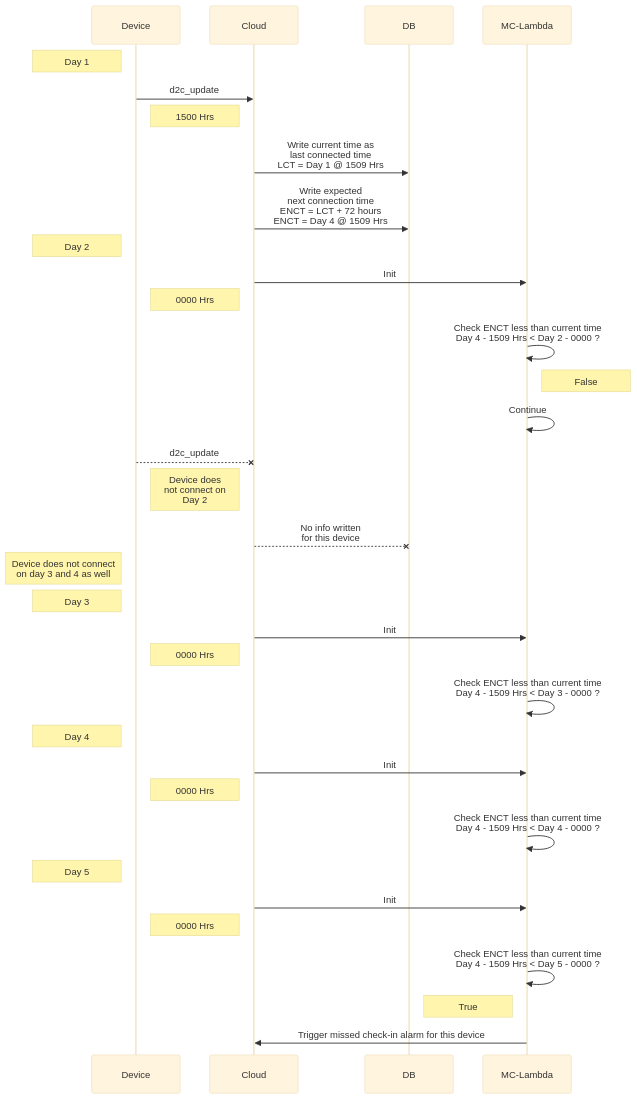
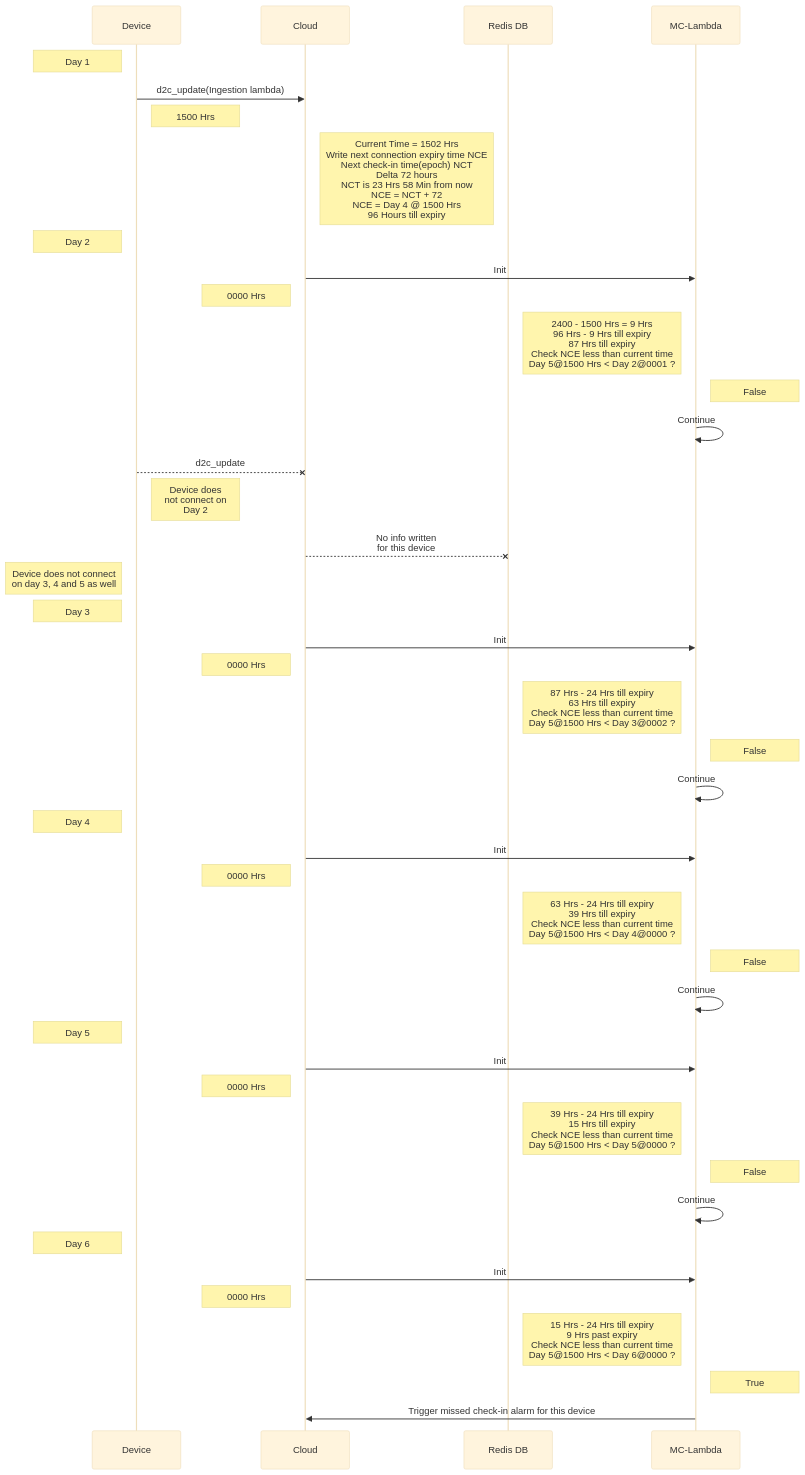
One commit to Mooney23/slc_diagrams changed the diagram in sequence_everyday.md. Above: the diagram before and after it, drawn with Mermaid (base theme).

Commit message:
Fix errors and update flow in new diagram

````diff
--- a/sequence_everyday.md
+++ b/sequence_everyday.md
@@ -9,40 +9,51 @@
 ```mermaid
 sequenceDiagram
     Note left of Device: Day 1
-    Device ->> Cloud: d2c_update
+    Device ->> Cloud: d2c_update(Ingestion lambda)
     Note right of Device: 1500 Hrs
-    Cloud->>DB: Write current time as<br/> last connected time<br/>LCT = Day 1 @ 1509 Hrs
-    Cloud->>DB: Write expected<br/> next connection time<br/>ENCT = LCT + 72 hours<br/>ENCT = Day 4 @ 1509 Hrs
+    Note left of Redis DB: Current Time = 1502 Hrs<br/>Write next connection expiry time NCE<br/>Next check-in time(epoch) NCT<br/>Delta 72 hours<br/>NCT is 23 Hrs 58 Min from now<br/>NCE = NCT + 72<br/>NCE = Day 4 @ 1500 Hrs<br/>96 Hours till expiry
 
 
     Note left of Device: Day 2
     Cloud ->> MC-Lambda: Init
     Note left of Cloud: 0000 Hrs
-    MC-Lambda ->> MC-Lambda: Check ENCT less than current time<br>Day 4 - 1509 Hrs < Day 2 - 0000 ?
+    Note left of MC-Lambda: 2400 - 1500 Hrs = 9 Hrs<br/>96 Hrs - 9 Hrs till expiry<br/>87 Hrs till expiry<br/>Check NCE less than current time<br>Day 5@1500 Hrs < Day 2@0001 ?
     Note right of MC-Lambda: False
     MC-Lambda ->> MC-Lambda: Continue
     Device --x Cloud: d2c_update
     Note right of Device: Device does<br>not connect on<br>Day 2
-    Cloud--xDB: No info written<br>for this device
+    Cloud--xRedis DB: No info written<br>for this device
 
 
-    Note left of Device: Device does not connect <br>on day 3 and 4 as well
+    Note left of Device: Device does not connect <br>on day 3, 4 and 5 as well
     Note left of Device: Day 3
     Cloud ->> MC-Lambda: Init
     Note left of Cloud: 0000 Hrs
-    MC-Lambda ->> MC-Lambda: Check ENCT less than current time<br>Day 4 - 1509 Hrs < Day 3 - 0000 ?
+    Note left of MC-Lambda: 87 Hrs - 24 Hrs till expiry<br/>63 Hrs till expiry<br/>Check NCE less than current time<br>Day 5@1500 Hrs < Day 3@0002 ?
+    Note right of MC-Lambda: False
+    MC-Lambda ->> MC-Lambda: Continue
 
 
     Note left of Device: Day 4
     Cloud ->> MC-Lambda: Init
     Note left of Cloud: 0000 Hrs
-    MC-Lambda ->> MC-Lambda: Check ENCT less than current time<br>Day 4 - 1509 Hrs < Day 4 - 0000 ?
-
+    Note left of MC-Lambda: 63 Hrs - 24 Hrs till expiry<br/>39 Hrs till expiry<br/>Check NCE less than current time<br>Day 5@1500 Hrs < Day 4@0000 ?
+    Note right of MC-Lambda: False
+    MC-Lambda ->> MC-Lambda: Continue
 
     Note left of Device: Day 5
     Cloud ->> MC-Lambda: Init
     Note left of Cloud: 0000 Hrs
-    MC-Lambda ->> MC-Lambda: Check ENCT less than current time<br>Day 4 - 1509 Hrs < Day 5 - 0000 ?
-    Note left of MC-Lambda: True
+    Note left of MC-Lambda: 39 Hrs - 24 Hrs till expiry<br/>15 Hrs till expiry<br/>Check NCE less than current time<br>Day 5@1500 Hrs < Day 5@0000 ?
+    Note right of MC-Lambda: False
+    MC-Lambda ->> MC-Lambda: Continue
+
+    Note left of Device: Day 6
+    Cloud ->> MC-Lambda: Init
+    Note left of Cloud: 0000 Hrs
+    Note left of MC-Lambda: 15 Hrs - 24 Hrs till expiry<br/>9 Hrs past expiry<br/>Check NCE less than current time<br>Day 5@1500 Hrs < Day 6@0000 ?
+    Note right of MC-Lambda: True
+
     MC-Lambda ->> Cloud: Trigger missed check-in alarm for this device
+
 ```
````
